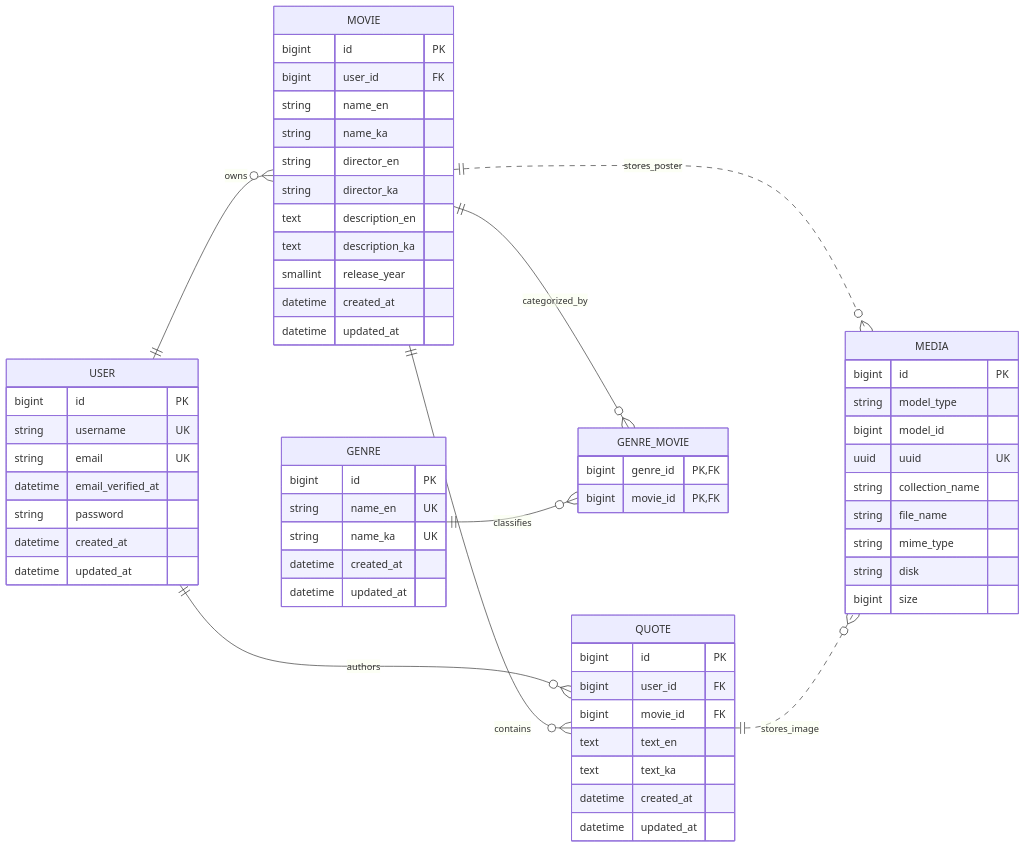
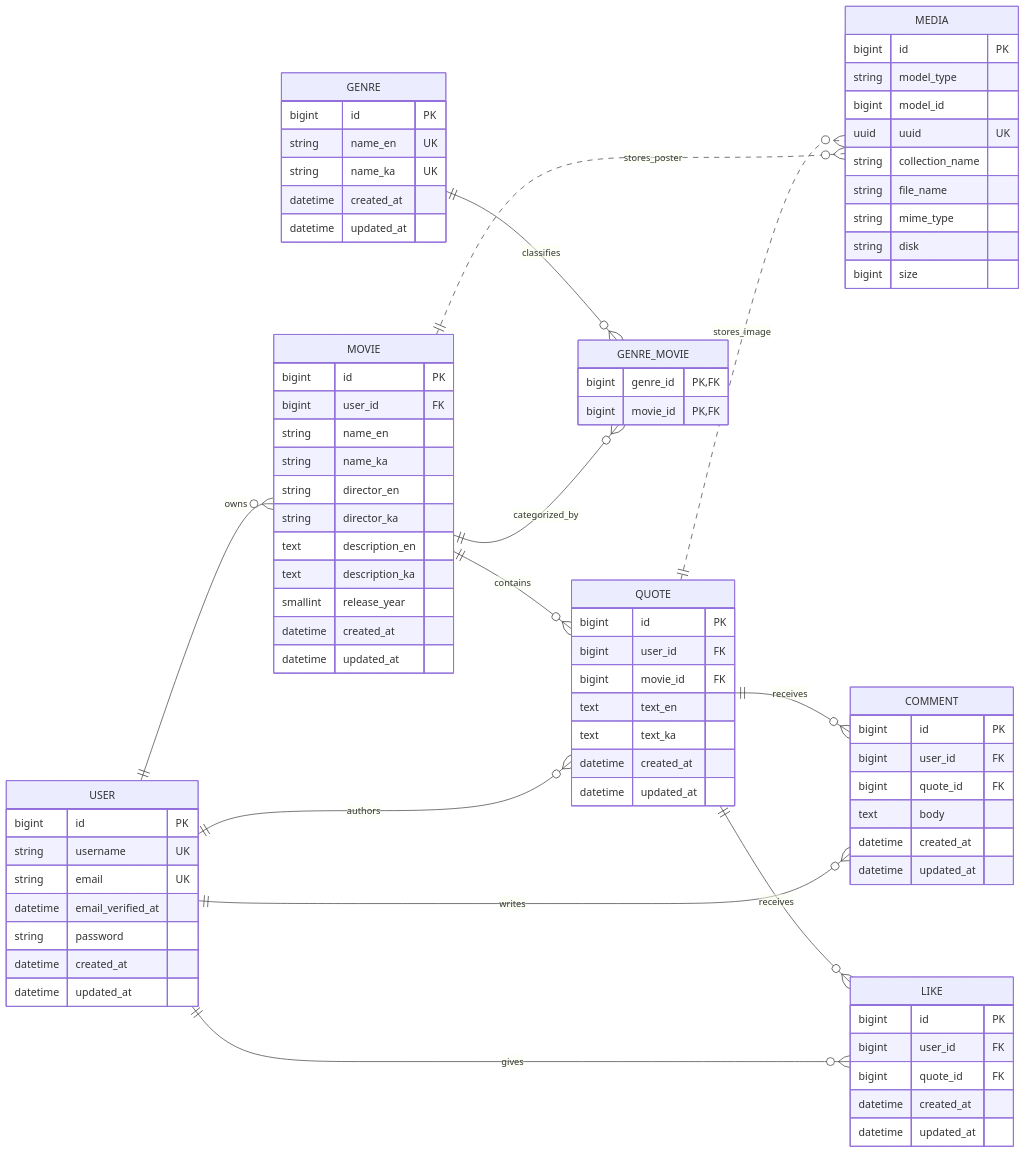
One commit to Giorgi-Garsevanishvili/RDBRY-MOVIE-QUOTES changed the diagram in docs/database-schema.md. Above: the diagram before and after it, drawn with Mermaid. The commit also changed other lines of this file and 5 other files, not shown here.

```diff
--- a/docs/database-schema.md
+++ b/docs/database-schema.md
@@ -8,9 +8,13 @@
 
     USER ||--o{ MOVIE : owns
     USER ||--o{ QUOTE : authors
+    USER ||--o{ COMMENT : writes
+    USER ||--o{ LIKE : gives
     MOVIE ||--o{ GENRE_MOVIE : categorized_by
     GENRE ||--o{ GENRE_MOVIE : classifies
     MOVIE ||--o{ QUOTE : contains
+    QUOTE ||--o{ COMMENT : receives
+    QUOTE ||--o{ LIKE : receives
     MOVIE ||..o{ MEDIA : stores_poster
     QUOTE ||..o{ MEDIA : stores_image
 
@@ -56,6 +60,21 @@
         datetime created_at
         datetime updated_at
     }
+    COMMENT {
+        bigint id PK
+        bigint user_id FK
+        bigint quote_id FK
+        text body
+        datetime created_at
+        datetime updated_at
+    }
+    LIKE {
+        bigint id PK
+        bigint user_id FK
+        bigint quote_id FK
+        datetime created_at
+        datetime updated_at
+    }
     MEDIA {
         bigint id PK
         string model_type
```
